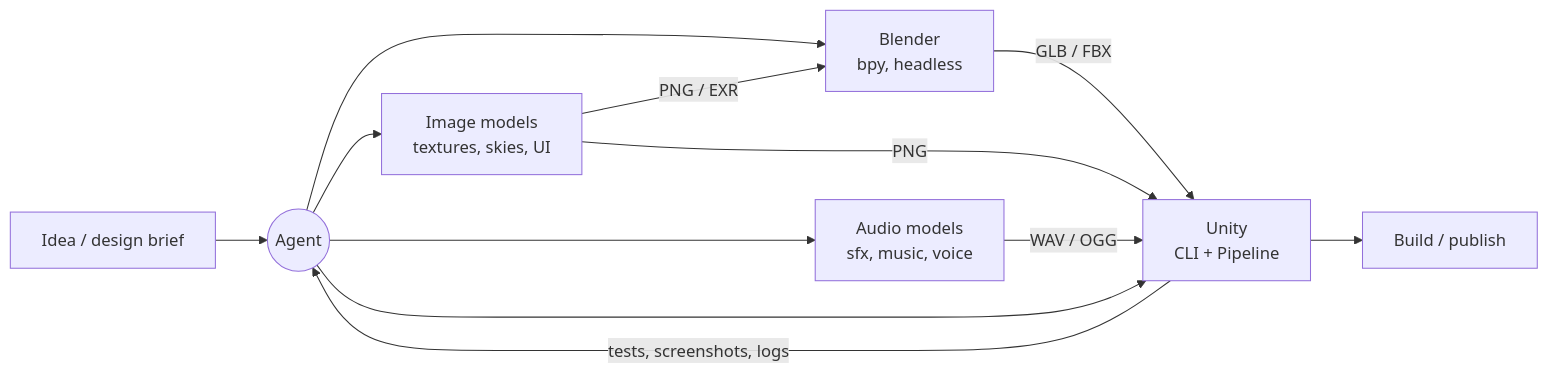
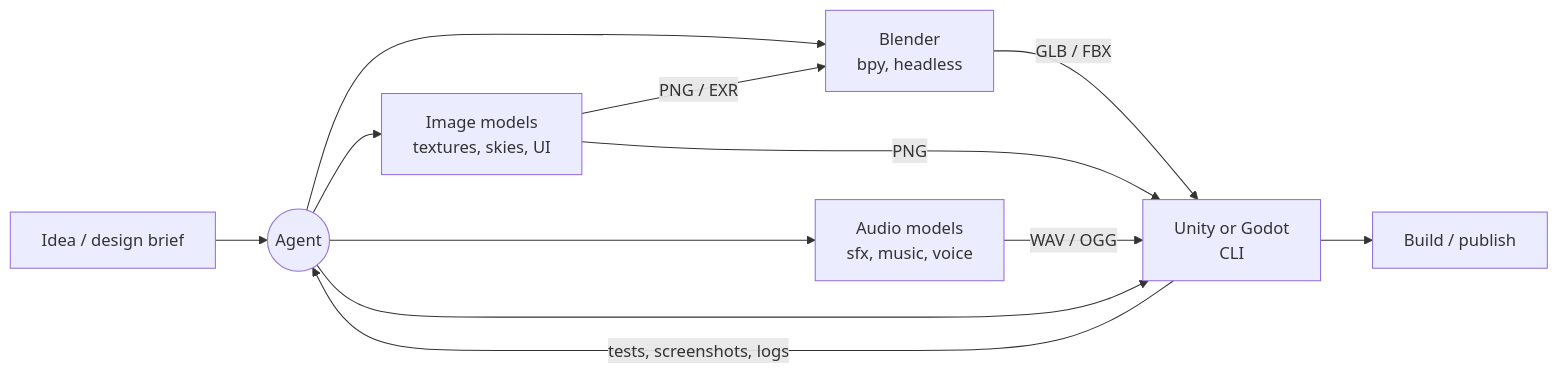
The diagram in notes/pipeline.md (nvillar/toybox), drawn with Mermaid before and after one commit. The commit also changed other lines of this file and 8 other files, not shown here.

First line of the commit message:
Godot vs Unity for agent-driven work; motion checked frame by frame with no planner exemptions

````diff
--- a/notes/pipeline.md
+++ b/notes/pipeline.md
@@ -10,14 +10,14 @@
 ```mermaid
 flowchart LR
     idea[Idea / design brief] --> agent((Agent))
     agent --> blender[Blender<br/>bpy, headless]
     agent --> img[Image models<br/>textures, skies, UI]
     agent --> aud[Audio models<br/>sfx, music, voice]
     img -->|PNG / EXR| blender
-    blender -->|GLB / FBX| unity[Unity<br/>CLI + Pipeline]
+    blender -->|GLB / FBX| unity[Unity or Godot<br/>CLI]
     img -->|PNG| unity
     aud -->|WAV / OGG| unity
     agent --> unity
     unity -->|tests, screenshots, logs| agent
     unity --> build[Build / publish]
 ```
````
